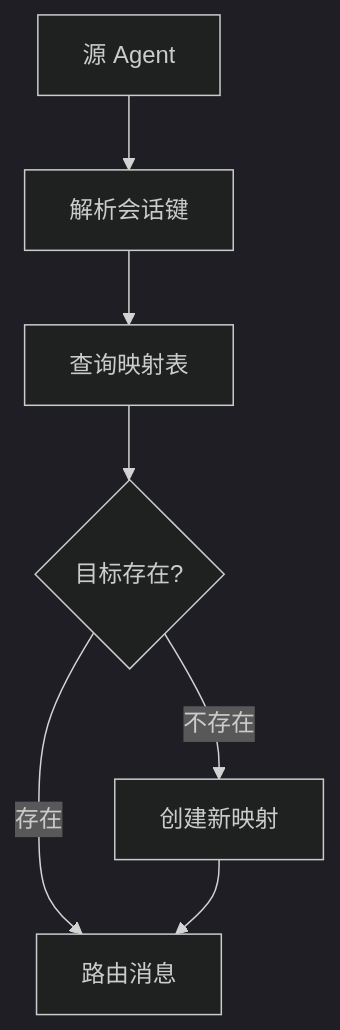
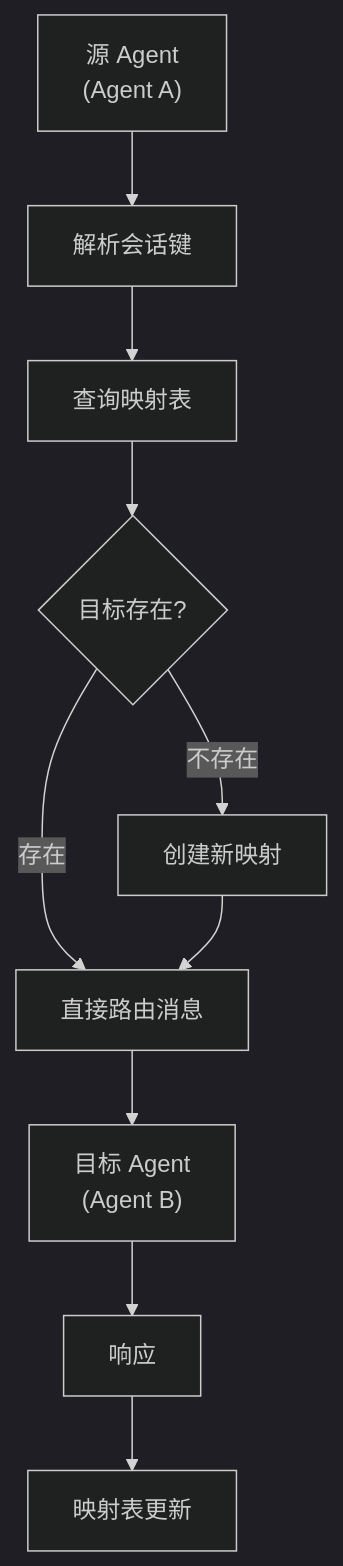
The fourth of 14 diagrams in docs/zh/products/automation/openclaw/source-code/acp.md (zenHeart/learn-ai), drawn with Mermaid (dark theme) before and after one commit. The commit also changed other lines of this file and 10 other files, not shown here.

````diff
--- a/docs/zh/products/automation/openclaw/source-code/acp.md
+++ b/docs/zh/products/automation/openclaw/source-code/acp.md
@@ -98,9 +112,13 @@
 ```mermaid
 flowchart TD
-    A["源 Agent"] --> B["解析会话键"]
+    A["源 Agent\n(Agent A)"] --> B["解析会话键"]
     B --> C["查询映射表"]
     C --> D{"目标存在?"}
-    D -->|"存在"| E["路由消息"]
+    D -->|"存在"| E["直接路由消息"]
     D -->|"不存在"| F["创建新映射"]
     F --> E
+    
+    E --> G["目标 Agent\n(Agent B)"]
+    G --> H["响应"]
+    H --> I["映射表更新"]
 ```
````
